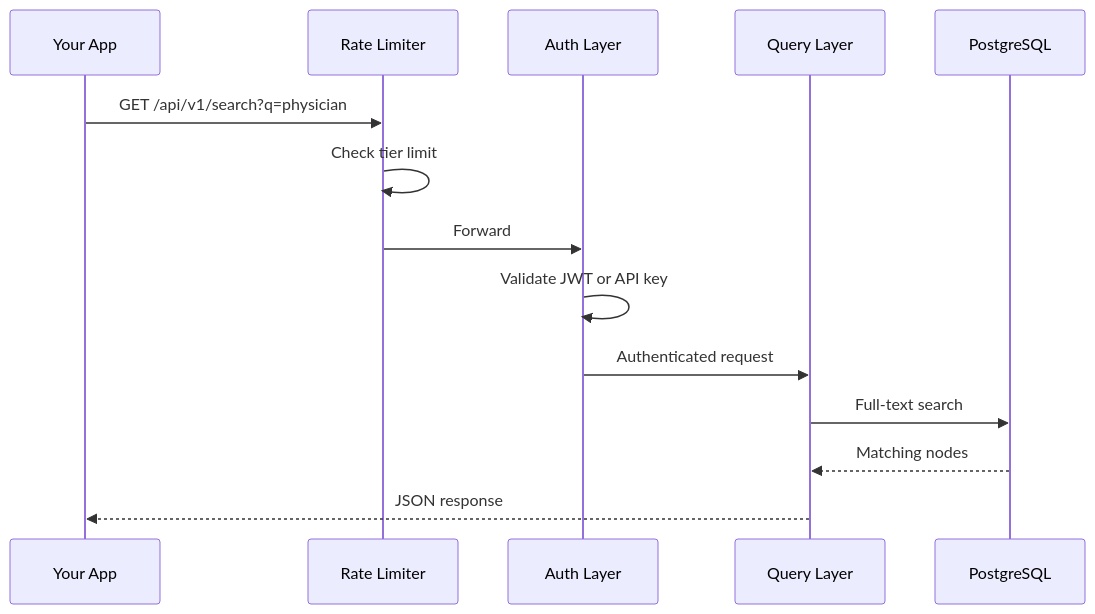
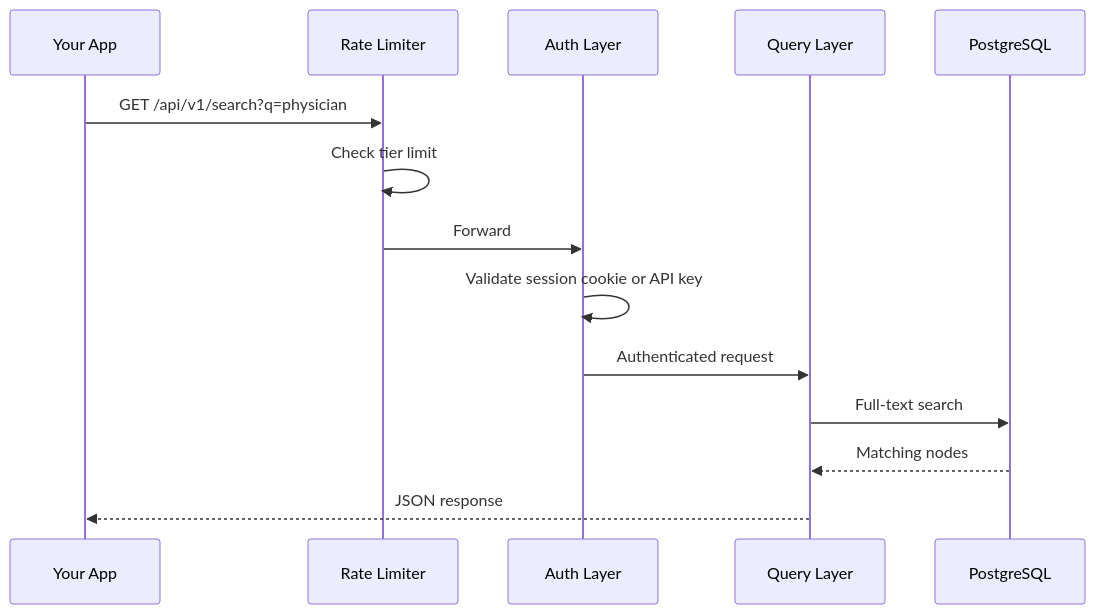
One commit to colaberry/WorldOfTaxonomy changed the second of 2 diagrams in wiki/getting-started.md. Above: the diagram before and after it, drawn with Mermaid. The commit also changed 9 other files, not shown here.

First line of the commit message:
docs(diagrams): refresh stale auth + framework version refs (#159)

````diff
--- a/wiki/getting-started.md
+++ b/wiki/getting-started.md
@@ -145,17 +145,17 @@
 ```mermaid
 sequenceDiagram
     participant C as Your App
     participant RL as Rate Limiter
     participant AUTH as Auth Layer
     participant Q as Query Layer
     participant DB as PostgreSQL
 
     C->>RL: GET /api/v1/search?q=physician
     RL->>RL: Check tier limit
     RL->>AUTH: Forward
-    AUTH->>AUTH: Validate JWT or API key
+    AUTH->>AUTH: Validate session cookie or API key
     AUTH->>Q: Authenticated request
     Q->>DB: Full-text search
     DB-->>Q: Matching nodes
     Q-->>C: JSON response
 ```
````
